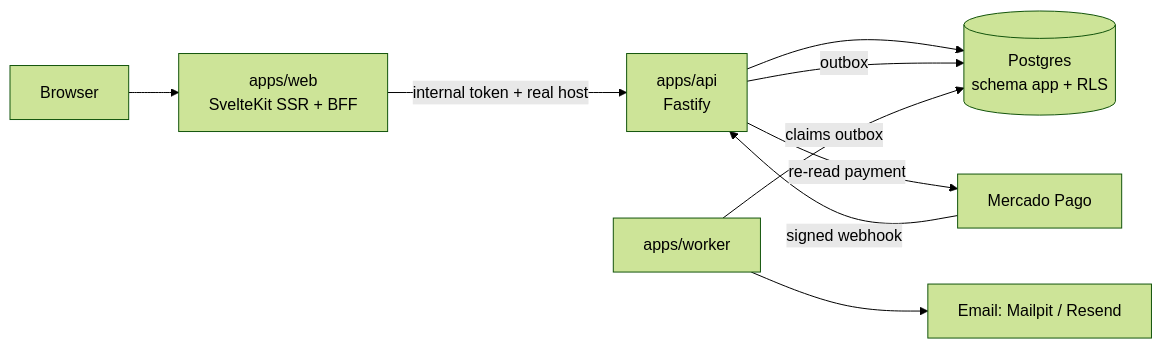
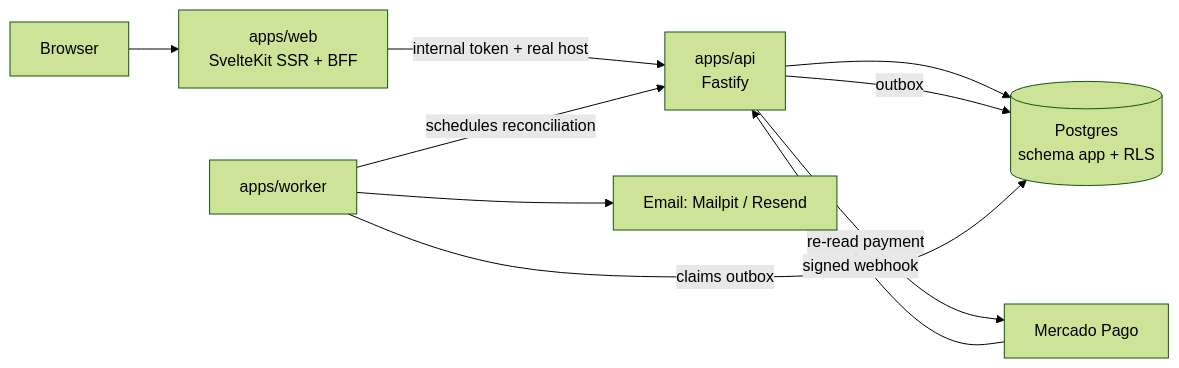
One commit to montesgp/sortea changed the diagram in README.md. Above: the diagram before and after it, drawn with Mermaid (forest theme). The commit also changed other lines of this file and 1 other file, not shown here.

Commit message:
docs: ADR 0006 for payment reconciliation; README status, accounts and deploy

````diff
--- a/README.md
+++ b/README.md
@@ -28,11 +29,12 @@
 ```mermaid
 flowchart LR
   B[Browser] --> W[apps/web<br/>SvelteKit SSR + BFF]
   W -->|internal token + real host| A[apps/api<br/>Fastify]
   MP[Mercado Pago] -->|signed webhook| A
   A --> DB[(Postgres<br/>schema app + RLS)]
   A -->|re-read payment| MP
   A -->|outbox| DB
   K[apps/worker] -->|claims outbox| DB
+  K -->|schedules reconciliation| A
   K --> E[Email: Mailpit / Resend]
 ```
````
